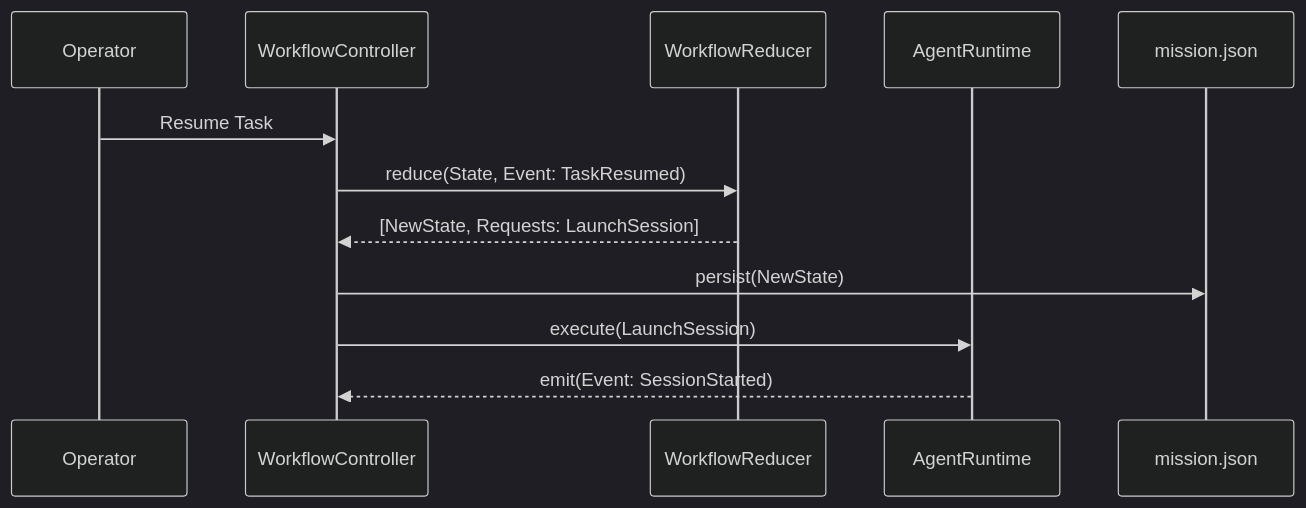
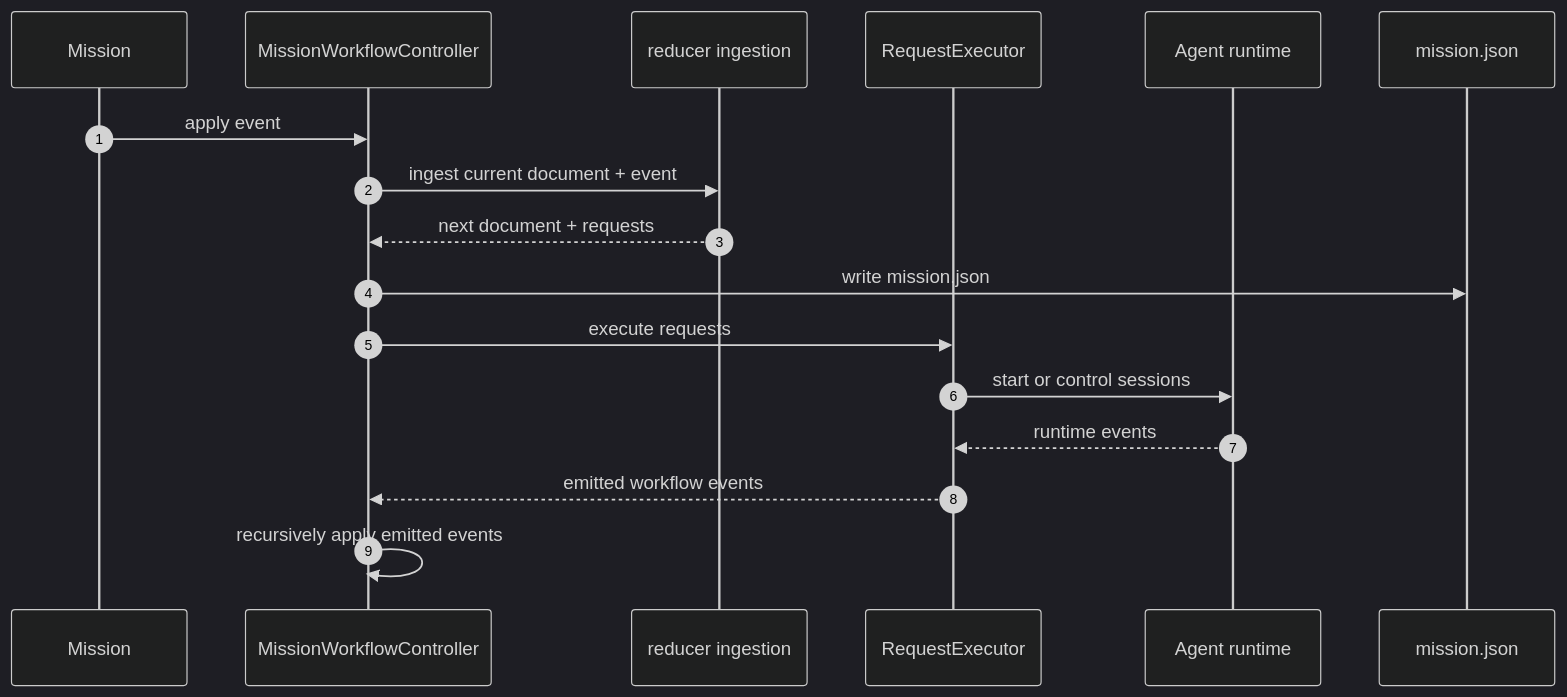
Before and after one commit to Flying-Pillow/open-mission: the diagram in docs/architecture/workflow-engine.md, drawn with Mermaid (dark theme). The commit also changed other lines of this file and 13 other files, not shown here.

````diff
--- a/docs/architecture/workflow-engine.md
+++ b/docs/architecture/workflow-engine.md
@@ -30,15 +79,20 @@
 ```mermaid
 sequenceDiagram
-    participant Operator
-    participant Controller as WorkflowController
-    participant Reducer as WorkflowReducer
-    participant Runtime as AgentRuntime
-    participant Dossier as mission.json
+	autonumber
+	participant Mission
+	participant Controller as MissionWorkflowController
+	participant Reducer as reducer ingestion
+	participant Executor as RequestExecutor
+	participant Runtime as Agent runtime
+	participant Disk as mission.json
 
-    Operator->>Controller: Resume Task
-    Controller->>Reducer: reduce(State, Event: TaskResumed)
-    Reducer-->>Controller: [NewState, Requests: LaunchSession]
-    Controller->>Dossier: persist(NewState)
-    Controller->>Runtime: execute(LaunchSession)
-    Runtime-->>Controller: emit(Event: SessionStarted)
+	Mission->>Controller: apply event
+	Controller->>Reducer: ingest current document + event
+	Reducer-->>Controller: next document + requests
+	Controller->>Disk: write mission.json
+	Controller->>Executor: execute requests
+	Executor->>Runtime: start or control sessions
+	Runtime-->>Executor: runtime events
+	Executor-->>Controller: emitted workflow events
+	Controller->>Controller: recursively apply emitted events
 ```
````
